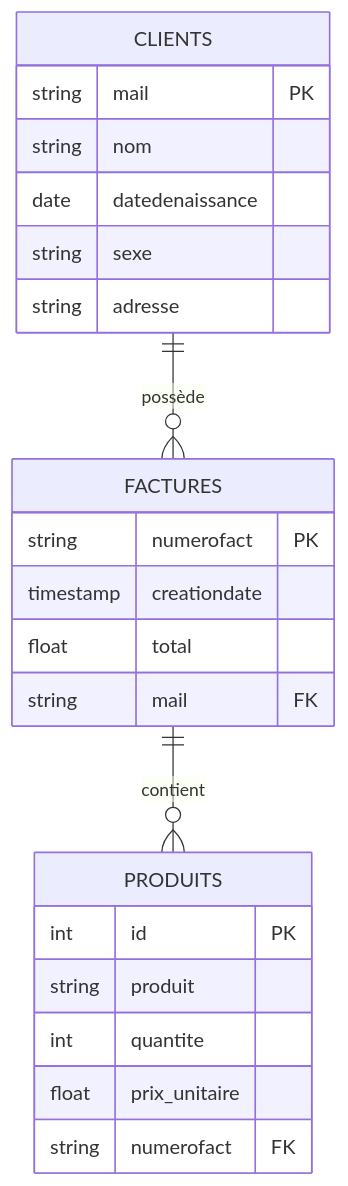
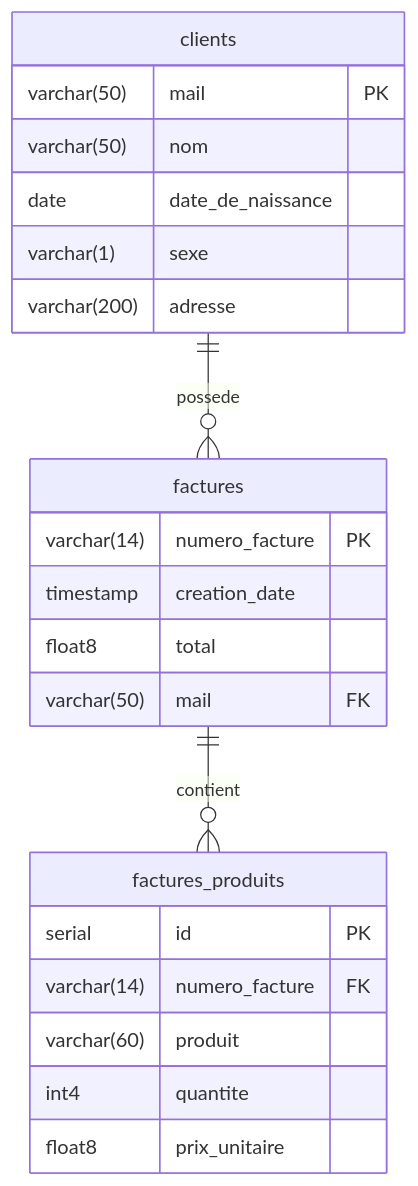
Before and after one commit to VestiC1/ProjetOCR: the first of 3 diagrams in README.md, drawn with Mermaid. The commit also changed other lines of this file and 2 other files, not shown here.

````diff
--- a/README.md
+++ b/README.md
@@ -37,29 +37,30 @@
 ```mermaid
+%%{init: {'theme':'default'}}%%
 erDiagram
-    CLIENTS {
-        string mail PK
-        string nom
-        date datedenaissance
-        string sexe
-        string adresse
-    }
-    
-    FACTURES {
-        string numerofact PK
-        timestamp creationdate
-        float total
-        string mail FK
+    clients {
+        varchar(50) mail PK
+        varchar(50) nom
+        date date_de_naissance
+        varchar(1) sexe
+        varchar(200) adresse
     }
 
-    PRODUITS {
-        int id PK
-        string produit
-        int quantite
-        float prix_unitaire
-        string numerofact FK
+    factures {
+        varchar(14) numero_facture PK
+        timestamp creation_date
+        float8 total
+        varchar(50) mail FK
     }
 
-    CLIENTS ||--o{ FACTURES : "possède"
-    FACTURES ||--o{ PRODUITS : "contient"
-     
+    factures_produits {
+        serial id PK
+        varchar(14) numero_facture FK
+        varchar(60) produit
+        int4 quantite
+        float8 prix_unitaire
+    }
+
+    clients ||--o{ factures : possede
+    factures ||--o{ factures_produits : contient
+
 ```
````
